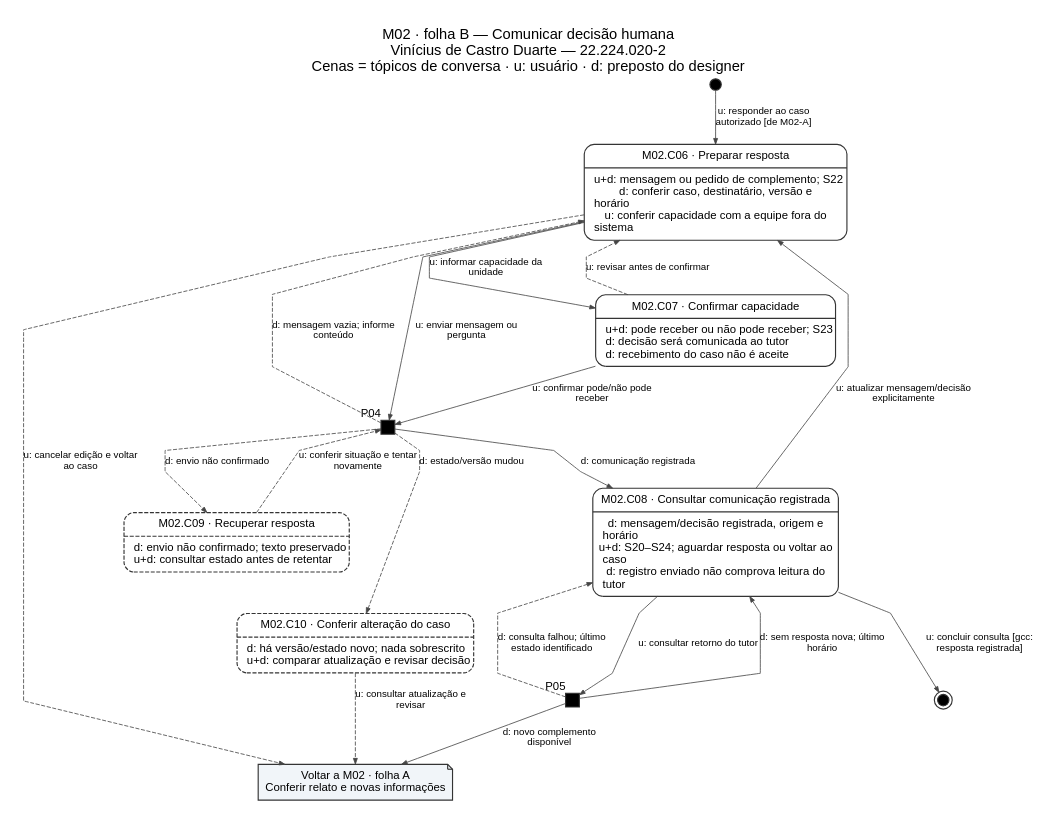
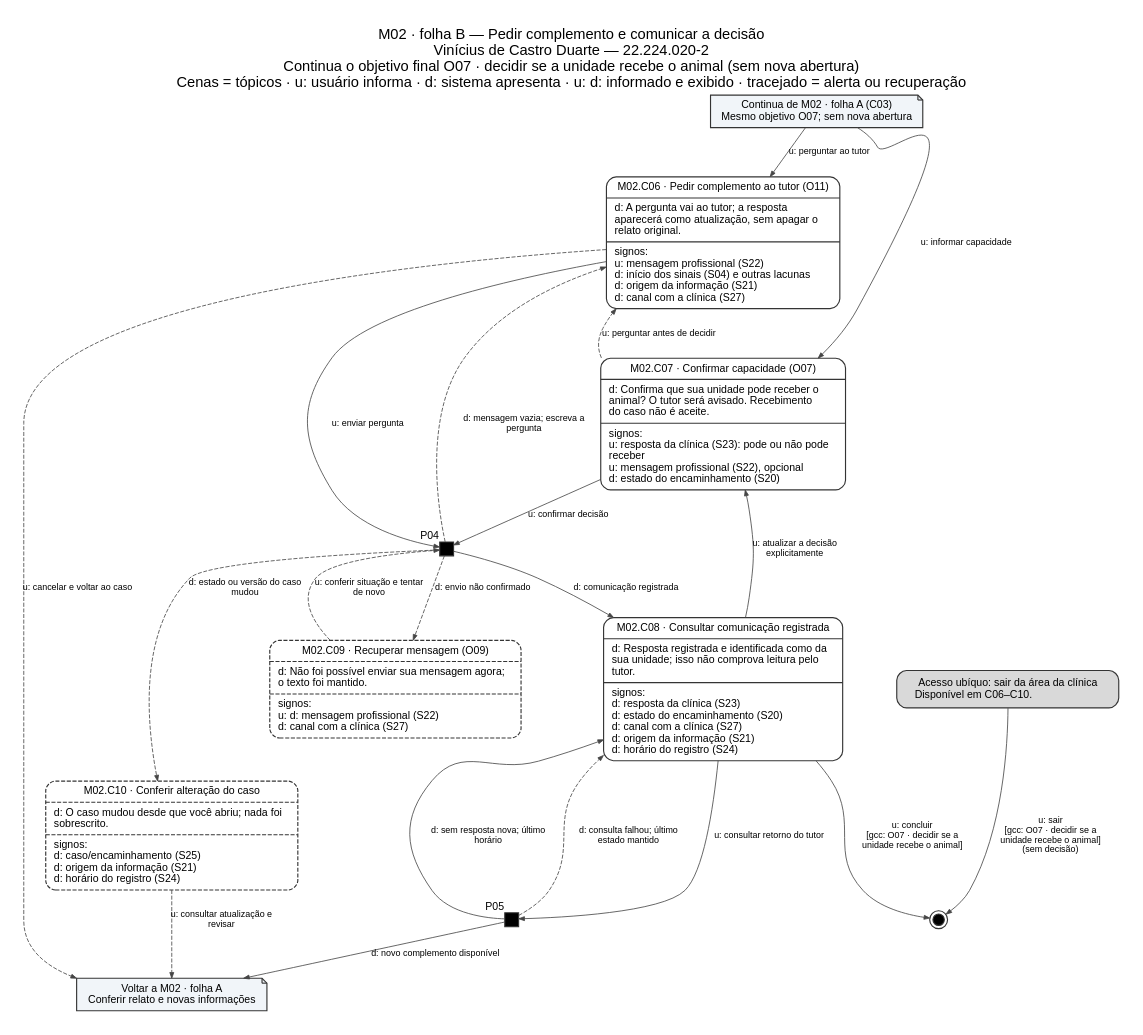
The diagram in assets/10_molic/molic_m02_resposta.dot (Ryu2525/INTERFACE-HUMANO-COMPUTADOR), drawn with Graphviz before and after one commit. The commit also changed 16 other files, not shown here.

```diff
--- a/assets/10_molic/molic_m02_resposta.dot
+++ b/assets/10_molic/molic_m02_resposta.dot
@@ -1,34 +1,37 @@
 digraph molic {
-graph [rankdir=TB, bgcolor="white", pad="0.3", nodesep="0.45", ranksep="0.55", splines=polyline, fontname="Arial", fontsize=18, labelloc=t, label="M02 · folha B — Comunicar decisão humana\nVinícius de Castro Duarte — 22.224.020-2\nCenas = tópicos de conversa · u: usuário · d: preposto do designer"];
-node [fontname="Arial", fontsize=14, color="#343434", penwidth=1.4, margin="0.16,0.10"];
-edge [fontname="Arial", fontsize=12, color="#454545", arrowsize=0.7];
-C06 [shape="Mrecord", label="{M02.C06 · Preparar resposta|u+d: mensagem ou pedido de complemento; S22\ld: conferir caso, destinatário, versão e\nhorário\lu: conferir capacidade com a equipe fora do\nsistema\l}", style="solid"];
-inicio [shape="circle", style="filled", fillcolor="black", width="0.20", height="0.20", fixedsize="true", label=""];
-C07 [shape="Mrecord", label="{M02.C07 · Confirmar capacidade|u+d: pode receber ou não pode receber; S23\ld: decisão será comunicada ao tutor\ld: recebimento do caso não é aceite\l}", style="solid"];
-P04 [shape="square", style="filled", fillcolor="black", width="0.23", height="0.23", fixedsize="true", label="", xlabel="P04"];
-P05 [shape="square", style="filled", fillcolor="black", width="0.23", height="0.23", fixedsize="true", label="", xlabel="P05"];
-C08 [shape="Mrecord", label="{M02.C08 · Consultar comunicação registrada|d: mensagem/decisão registrada, origem e\nhorário\lu+d: S20–S24; aguardar resposta ou voltar ao\ncaso\ld: registro enviado não comprova leitura do\ntutor\l}", style="solid"];
-C09 [shape="Mrecord", label="{M02.C09 · Recuperar resposta|d: envio não confirmado; texto preservado\lu+d: consultar estado antes de retentar\l}", style="dashed"];
-C10 [shape="Mrecord", label="{M02.C10 · Conferir alteração do caso|d: há versão/estado novo; nada sobrescrito\lu+d: comparar atualização e revisar decisão\l}", style="dashed"];
-A [shape="note", style="filled", fillcolor="#f1f5f9", label="Voltar a M02 · folha A\nConferir relato e novas informações"];
+graph [rankdir=TB, bgcolor="white", pad="0.3", nodesep="0.6", ranksep="0.65", splines=true, fontname="Arial", fontsize=18, labelloc=t, label="M02 · folha B — Pedir complemento e comunicar a decisão\nVinícius de Castro Duarte — 22.224.020-2\nContinua o objetivo final O07 · decidir se a unidade recebe o animal (sem nova abertura)\nCenas = tópicos · u: usuário informa · d: sistema apresenta · u: d: informado e exibido · tracejado = alerta ou recuperação"];
+node [fontname="Arial", fontsize=13, color="#343434", penwidth=1.4, margin="0.14,0.08"];
+edge [fontname="Arial", fontsize=11, color="#454545", arrowsize=0.7];
+REF [shape="note", style="filled", fillcolor="#f1f5f9", fontsize=13, label="Continua de M02 · folha A (C03)\nMesmo objetivo O07; sem nova abertura"];
+C06 [shape="Mrecord", style="solid", label="{M02.C06 · Pedir complemento ao tutor (O11)|d: A pergunta vai ao tutor; a resposta\l   aparecerá como atualização, sem apagar o\l   relato original.\l|signos:\lu: mensagem profissional (S22)\ld: início dos sinais (S04) e outras lacunas\ld: origem da informação (S21)\ld: canal com a clínica (S27)\l}"];
+C07 [shape="Mrecord", style="solid", label="{M02.C07 · Confirmar capacidade (O07)|d: Confirma que sua unidade pode receber o\l   animal? O tutor será avisado. Recebimento\l   do caso não é aceite.\l|signos:\lu: resposta da clínica (S23): pode ou não pode\l      receber\lu: mensagem profissional (S22), opcional\ld: estado do encaminhamento (S20)\l}"];
+P04 [shape="square", style="filled", fillcolor="black", width="0.24", height="0.24", fixedsize="true", label="", xlabel="P04"];
+P05 [shape="square", style="filled", fillcolor="black", width="0.24", height="0.24", fixedsize="true", label="", xlabel="P05"];
+C08 [shape="Mrecord", style="solid", label="{M02.C08 · Consultar comunicação registrada|d: Resposta registrada e identificada como da\l   sua unidade; isso não comprova leitura pelo\l   tutor.\l|signos:\ld: resposta da clínica (S23)\ld: estado do encaminhamento (S20)\ld: canal com a clínica (S27)\ld: origem da informação (S21)\ld: horário do registro (S24)\l}"];
+C09 [shape="Mrecord", style="dashed", label="{M02.C09 · Recuperar mensagem (O09)|d: Não foi possível enviar sua mensagem agora;\l   o texto foi mantido.\l|signos:\lu: d: mensagem profissional (S22)\ld: canal com a clínica (S27)\l}"];
+C10 [shape="Mrecord", style="dashed", label="{M02.C10 · Conferir alteração do caso|d: O caso mudou desde que você abriu; nada foi\l   sobrescrito.\l|signos:\ld: caso/encaminhamento (S25)\ld: origem da informação (S21)\ld: horário do registro (S24)\l}"];
+U [shape="box", style="rounded,filled", fillcolor="#d9d9d9", fontsize=13, margin="0.3,0.12", label="Acesso ubíquo: sair da área da clínica\nDisponível em C06–C10.\l"];
+A [shape="note", style="filled", fillcolor="#f1f5f9", fontsize=13, label="Voltar a M02 · folha A\nConferir relato e novas informações"];
 fim [shape="doublecircle", style="filled", fillcolor="black", width="0.20", height="0.20", fixedsize="true", label=""];
-C06 -> C07 -> C08 [style=invis, weight=100];
-inicio -> C06 [label="u: responder ao caso\nautorizado [de M02-A]"];
-C06 -> C07 [label="u: informar capacidade da\nunidade"];
-C07 -> C06 [label="u: revisar antes de confirmar", style="dashed"];
-C07 -> P04 [label="u: confirmar pode/não pode\nreceber"];
-C06 -> P04 [label="u: enviar mensagem ou\npergunta"];
-P04 -> C06 [label="d: mensagem vazia; informe\nconteúdo", style="dashed"];
+C06 -> C07 [style=invis, weight=40];
+C07 -> C08 [style=invis, weight=40];
+REF -> C06 [label="u: perguntar ao tutor"];
+REF -> C07 [label="u: informar capacidade"];
+C06 -> P04 [label="u: enviar pergunta"];
+C07 -> P04 [label="u: confirmar decisão"];
+C07 -> C06 [label="u: perguntar antes de decidir", style="dashed"];
+P04 -> C06 [label="d: mensagem vazia; escreva a\npergunta", style="dashed"];
 P04 -> C09 [label="d: envio não confirmado", style="dashed"];
-C09 -> P04 [label="u: conferir situação e tentar\nnovamente", style="dashed"];
-P04 -> C10 [label="d: estado/versão mudou", style="dashed"];
+C09 -> P04 [label="u: conferir situação e tentar\nde novo", style="dashed"];
+P04 -> C10 [label="d: estado ou versão do caso\nmudou", style="dashed"];
 C10 -> A [label="u: consultar atualização e\nrevisar", style="dashed"];
 P04 -> C08 [label="d: comunicação registrada"];
 C08 -> P05 [label="u: consultar retorno do tutor"];
 P05 -> C08 [label="d: sem resposta nova; último\nhorário"];
-P05 -> A [label="d: novo complemento\ndisponível"];
-P05 -> C08 [label="d: consulta falhou; último\nestado identificado", style="dashed"];
-C08 -> C06 [label="u: atualizar mensagem/decisão\nexplicitamente"];
-C06 -> A [label="u: cancelar edição e voltar\nao caso", style="dashed"];
-C08 -> fim [label="u: concluir consulta [gcc:\nresposta registrada]"];
+P05 -> A [label="d: novo complemento disponível"];
+P05 -> C08 [label="d: consulta falhou; último\nestado mantido", style="dashed"];
+C08 -> C07 [label="u: atualizar a decisão\nexplicitamente"];
+C06 -> A [label="u: cancelar e voltar ao caso", style="dashed"];
+U -> fim [label="u: sair\n[gcc: O07 · decidir se a\nunidade recebe o animal]\n(sem decisão)"];
+C08 -> fim [label="u: concluir\n[gcc: O07 · decidir se a\nunidade recebe o animal]"];
 }
```
